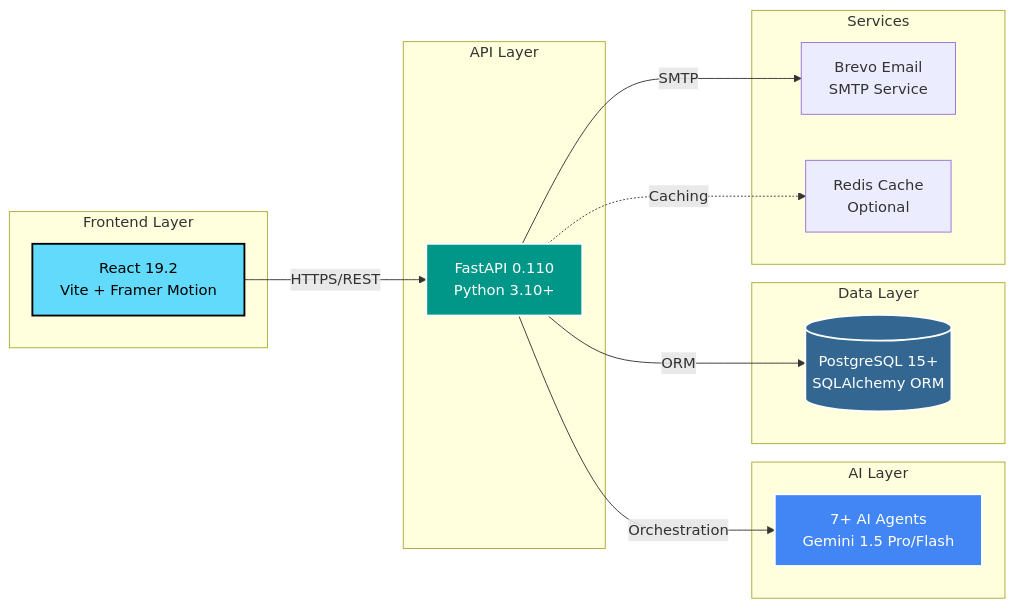
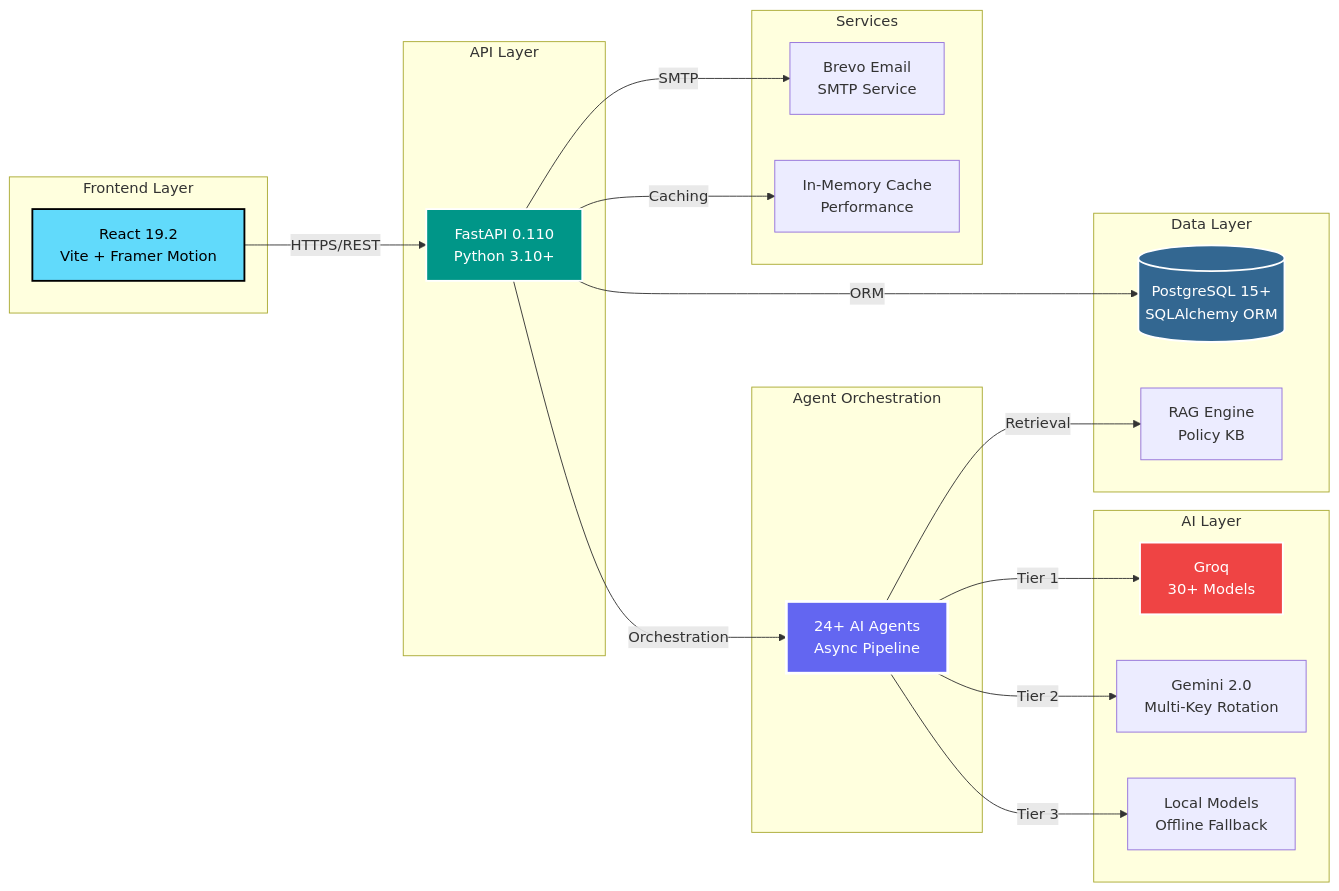
The third of 6 diagrams in README.md (RiteshKumar2e/customer-complaint-agent_new), drawn with Mermaid before and after one commit. The commit also changed other lines of this file, not shown here.

````diff
--- a/README.md
+++ b/README.md
@@ -297,34 +297,46 @@
 ```mermaid
 graph LR
     subgraph "Frontend Layer"
         A[React 19.2<br/>Vite + Framer Motion]
     end
     
     subgraph "API Layer"
         B[FastAPI 0.110<br/>Python 3.10+]
     end
     
     subgraph "AI Layer"
-        C[7+ AI Agents<br/>Gemini 1.5 Pro/Flash]
+        C1[Groq<br/>30+ Models]
+        C2[Gemini 2.0<br/>Multi-Key Rotation]
+        C3[Local Models<br/>Offline Fallback]
+    end
+    
+    subgraph "Agent Orchestration"
+        D[24+ AI Agents<br/>Async Pipeline]
     end
     
     subgraph "Data Layer"
-        D[(PostgreSQL 15+<br/>SQLAlchemy ORM)]
+        E[(PostgreSQL 15+<br/>SQLAlchemy ORM)]
+        F[RAG Engine<br/>Policy KB]
     end
     
     subgraph "Services"
-        E[Brevo Email<br/>SMTP Service]
-        F[Redis Cache<br/>Optional]
+        G[Brevo Email<br/>SMTP Service]
+        H[In-Memory Cache<br/>Performance]
     end
     
     A -->|HTTPS/REST| B
-    B -->|Orchestration| C
-    B -->|ORM| D
-    B -->|SMTP| E
-    B -.->|Caching| F
+    B -->|Orchestration| D
+    D -->|Tier 1| C1
+    D -->|Tier 2| C2
+    D -->|Tier 3| C3
+    B -->|ORM| E
+    D -->|Retrieval| F
+    B -->|SMTP| G
+    B -->|Caching| H
     
     style A fill:#61dafb,stroke:#000,stroke-width:2px,color:#000
     style B fill:#009688,stroke:#fff,stroke-width:2px,color:#fff
-    style C fill:#4285f4,stroke:#fff,stroke-width:2px,color:#fff
-    style D fill:#336791,stroke:#fff,stroke-width:2px,color:#fff
+    style D fill:#6366f1,stroke:#fff,stroke-width:3px,color:#fff
+    style C1 fill:#ef4444,stroke:#fff,stroke-width:2px,color:#fff
+    style E fill:#336791,stroke:#fff,stroke-width:2px,color:#fff
 ```
````
